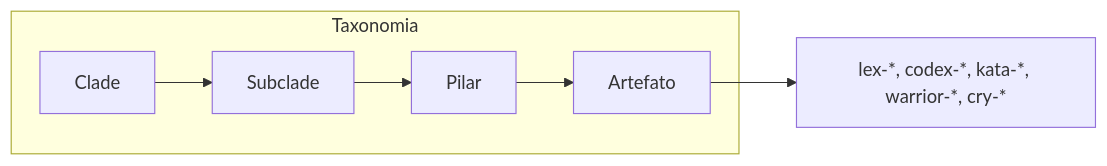
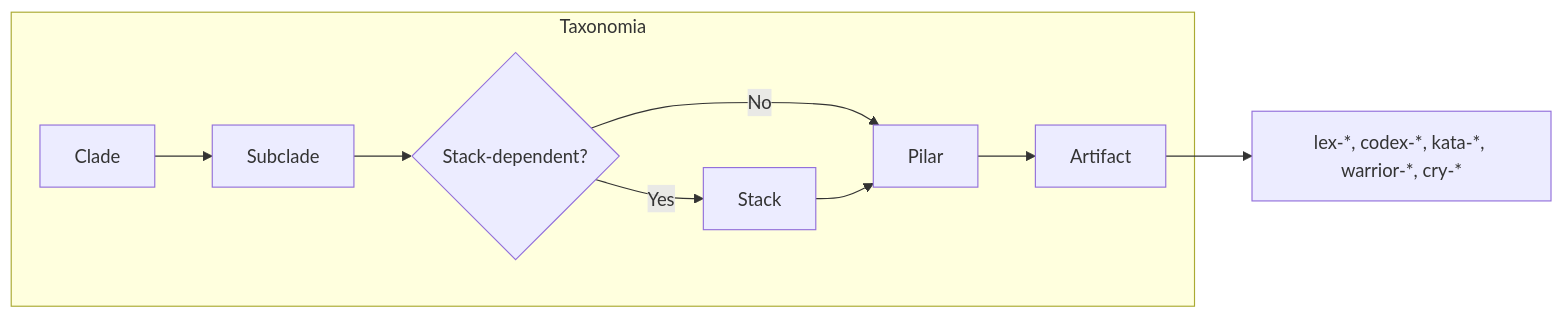
Before and after one commit to guardiatechnology/ahrena: the first of 3 diagrams in framework/en/README.md, drawn with Mermaid. The commit also changed other lines of this file and 213 other files, not shown here.

````diff
--- a/framework/en/README.md
+++ b/framework/en/README.md
@@ -48,9 +48,12 @@
 ```mermaid
 flowchart LR
   subgraph Taxonomia
     A[Clade] --> B[Subclade]
-    B --> C[Pilar]
-    C --> D[Artefato]
+    B --> C{Stack-dependent?}
+    C -->|No| D[Pilar]
+    C -->|Yes| S[Stack]
+    S --> D
+    D --> E[Artifact]
   end
-  D --> E["lex-*, codex-*, kata-*, warrior-*, cry-*"]
+  E --> F["lex-*, codex-*, kata-*, warrior-*, cry-*"]
 ```
````
